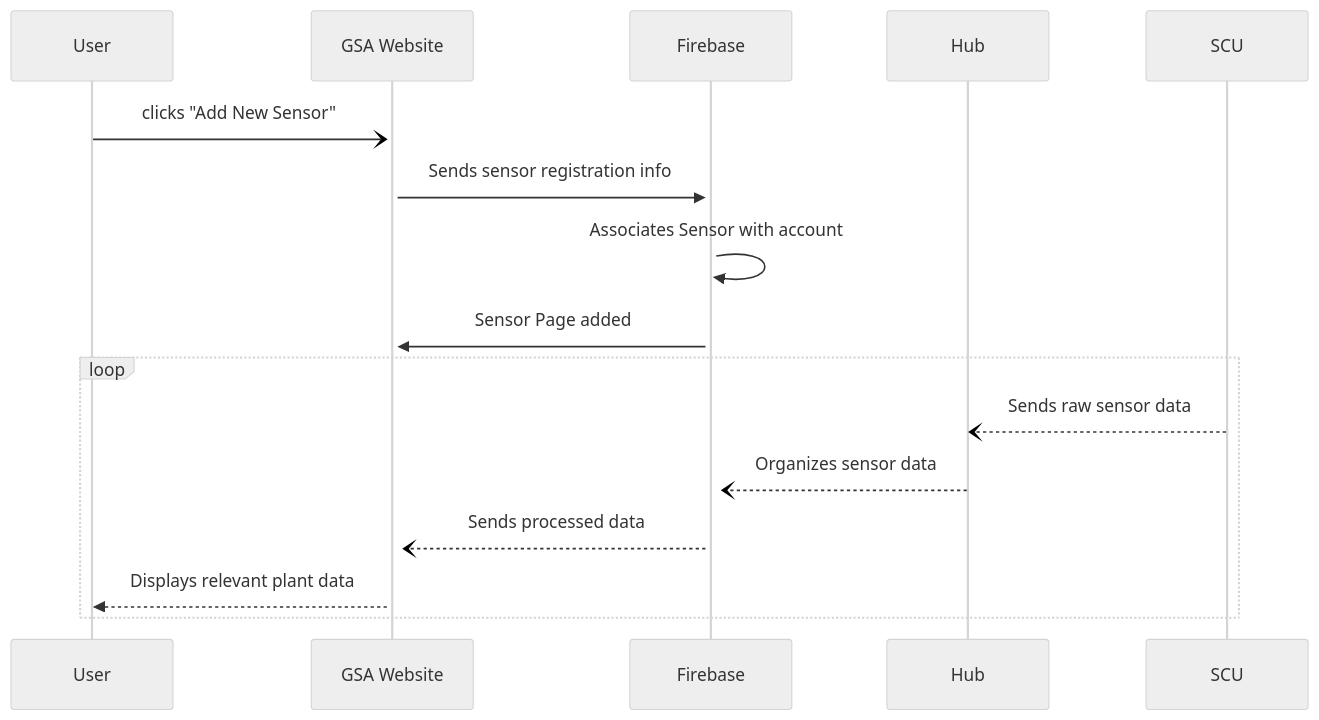
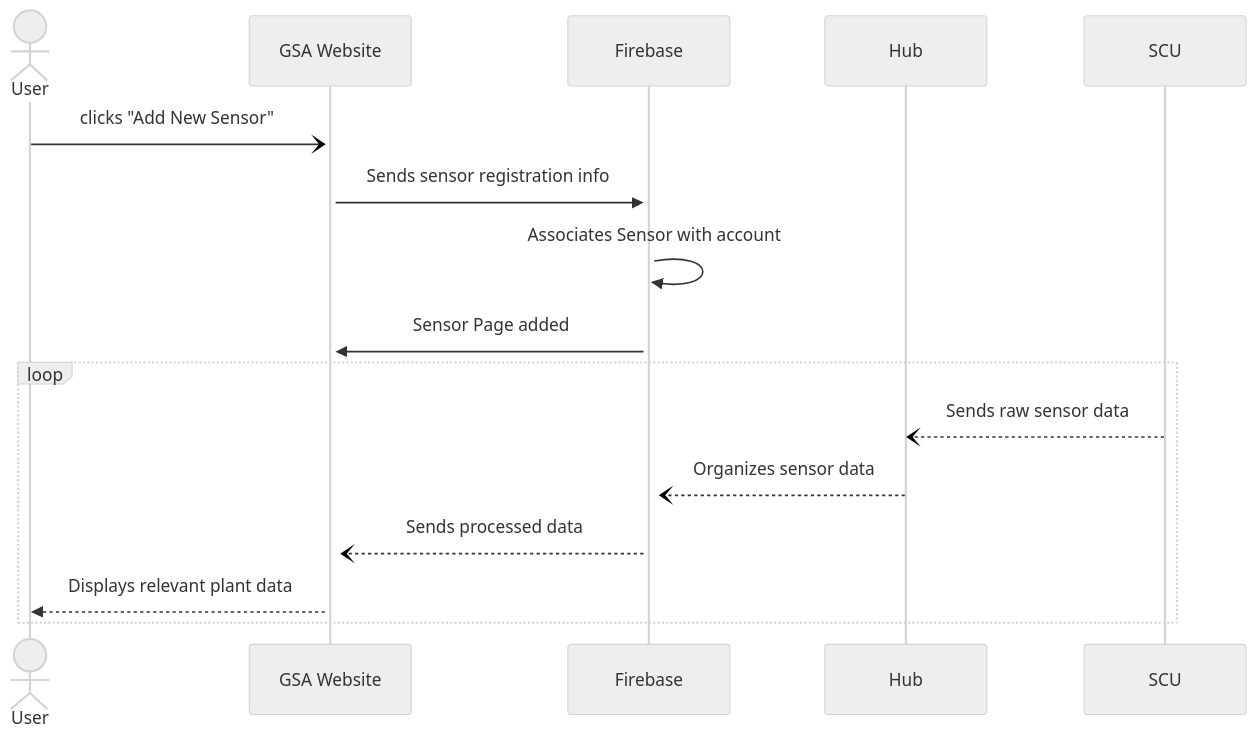
One commit to Capstone-Projects-2023-Fall/project-garden-sensor-array changed the fifth of 5 diagrams in documentation/docs/system-architecture/sequence_diagrams.md. Above: the diagram before and after it, drawn with Mermaid (neutral theme).

Commit message:
changed user icon

````diff
--- a/documentation/docs/system-architecture/sequence_diagrams.md
+++ b/documentation/docs/system-architecture/sequence_diagrams.md
@@ -147,21 +147,21 @@
 ```mermaid
 sequenceDiagram
 
-    participant User
+    Actor User
     participant GSA Website
     participant Firebase
     participant Hub
     participant SCU
     
     User -)+ GSA Website: clicks "Add New Sensor"
     GSA Website ->>+ Firebase: Sends sensor registration info
     Firebase->>+Firebase: Associates Sensor with account
     Firebase->>+GSA Website: Sensor Page added
     
     loop
         SCU--)Hub: Sends raw sensor data
         Hub--)Firebase: Organizes sensor data
         Firebase--)GSA Website: Sends processed data
         GSA Website -->> User: Displays relevant plant data
     end
 ```
````
